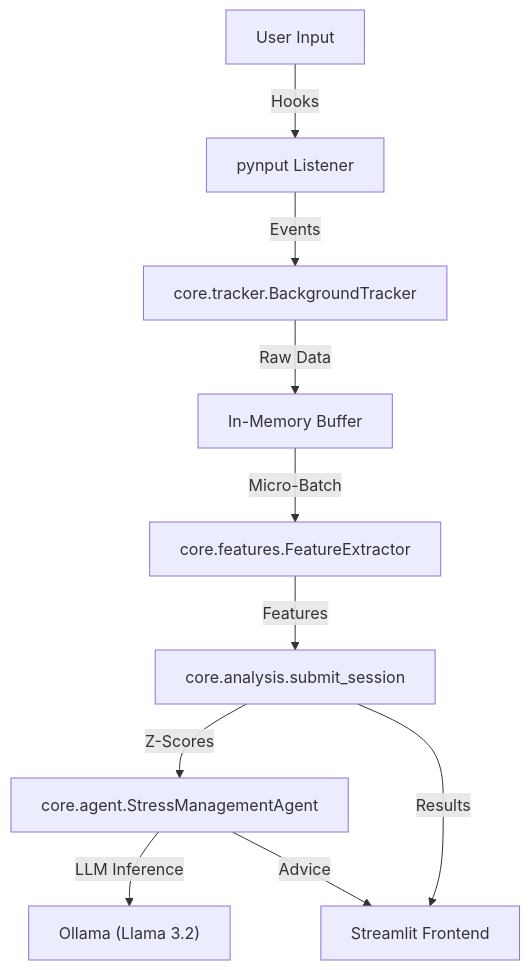
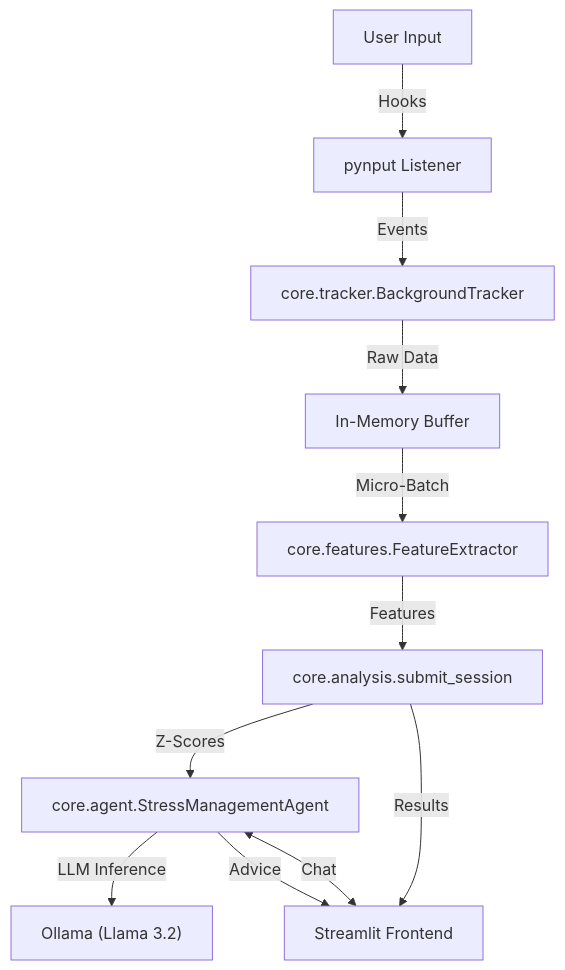
Before and after one commit to alwaysvivek/stress-tracker: the diagram in README.md, drawn with Mermaid.

Commit message:
Docs: Update architecture diagram

````diff
--- a/README.md
+++ b/README.md
@@ -63,15 +63,16 @@
 ```mermaid
 graph TD
     User[User Input] -->|Hooks| Listener[pynput Listener]
     Listener -->|Events| Tracker[core.tracker.BackgroundTracker]
     Tracker -->|Raw Data| Memory[In-Memory Buffer]
     
     Memory -->|Micro-Batch| Extractor[core.features.FeatureExtractor]
     Extractor -->|Features| Analysis[core.analysis.submit_session]
     
     Analysis -->|Z-Scores| Agent[core.agent.StressManagementAgent]
     Agent -->|LLM Inference| Ollama["Ollama (Llama 3.2)"]
     
     Analysis -->|Results| UI[Streamlit Frontend]
     Agent -->|Advice| UI
+    UI <-->|Chat| Agent
 ```
````
